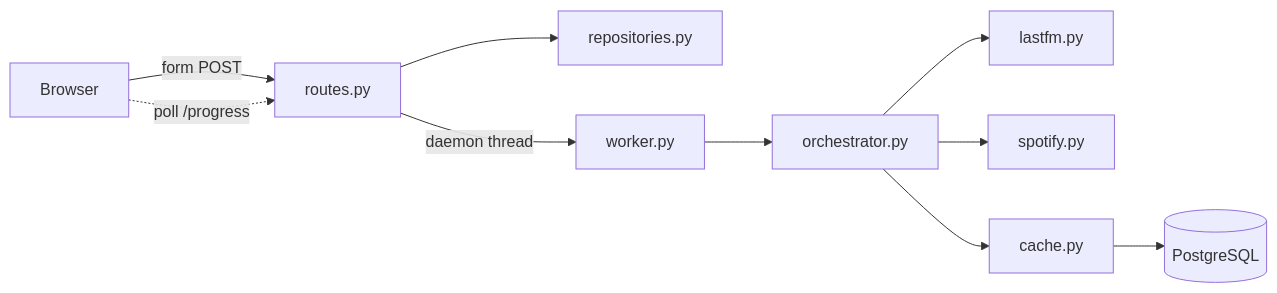
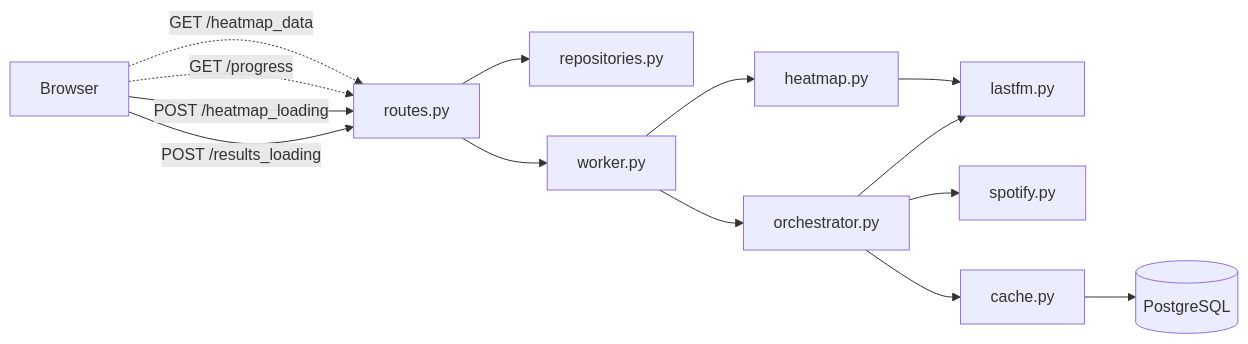
The diagram in README.md (pterw/ScrobbleScope), drawn with Mermaid before and after one commit. The commit also changed other lines of this file, not shown here.

````diff
--- a/README.md
+++ b/README.md
@@ -118,12 +106,16 @@
 ```mermaid
 graph LR
-    A[Browser] -->|form POST| B[routes.py]
+    A[Browser] -->|POST /results_loading| B[routes.py]
+    A -->|POST /heatmap_loading| B
+    A -.->|GET /progress| B
+    A -.->|GET /heatmap_data| B
     B --> C[repositories.py]
-    B -->|daemon thread| D[worker.py]
+    B --> D[worker.py]
     D --> E[orchestrator.py]
-    E --> F[lastfm.py]
-    E --> G[spotify.py]
-    E --> H[cache.py]
-    H --> I[(PostgreSQL)]
-    A -.->|poll /progress| B
+    D --> F[heatmap.py]
+    E --> G[lastfm.py]
+    E --> H[spotify.py]
+    E --> I[cache.py]
+    F --> G
+    I --> J[(PostgreSQL)]
 ```
````
